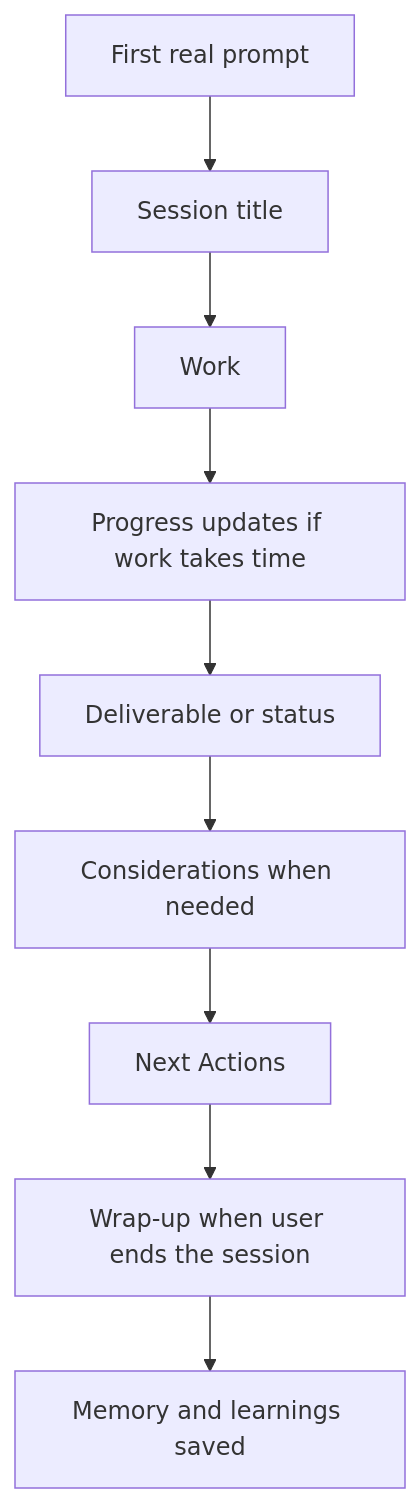
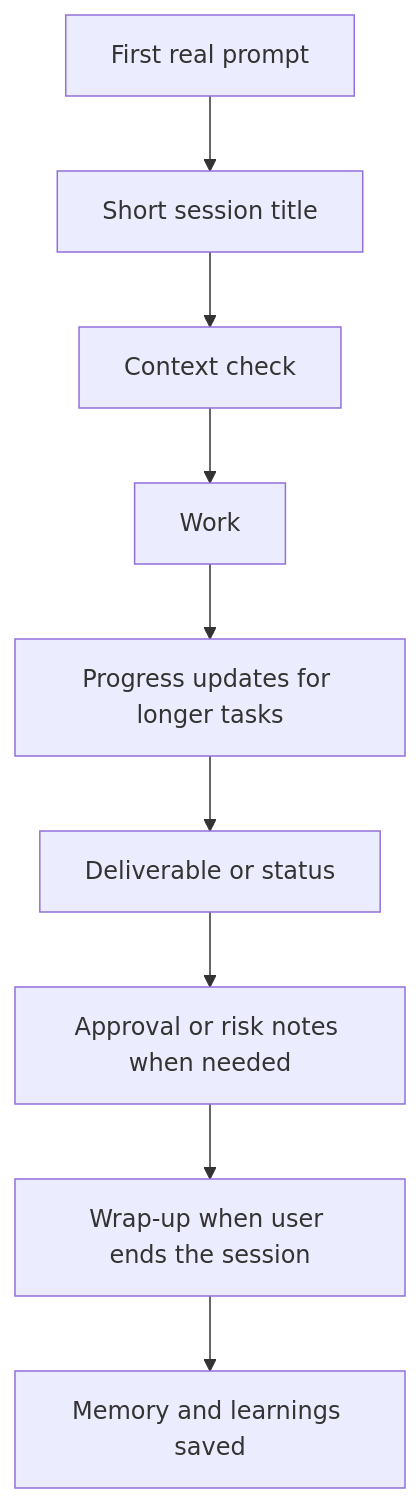
Before and after one commit to camrontaylor/AI-OS-Template: the diagram in docs/reply-behavior.md, drawn with Mermaid. The commit also changed other lines of this file and 462 other files, not shown here.

````diff
--- a/docs/reply-behavior.md
+++ b/docs/reply-behavior.md
@@ -8,11 +8,11 @@
 ```mermaid
 flowchart TD
-  A["First real prompt"] --> B["Session title"]
-  B --> C["Work"]
-  C --> D["Progress updates if work takes time"]
-  D --> E["Deliverable or status"]
-  E --> F["Considerations when needed"]
-  F --> G["Next Actions"]
+  A["First real prompt"] --> B["Short session title"]
+  B --> C["Context check"]
+  C --> D["Work"]
+  D --> E["Progress updates for longer tasks"]
+  E --> F["Deliverable or status"]
+  F --> G["Approval or risk notes when needed"]
   G --> H["Wrap-up when user ends the session"]
   H --> I["Memory and learnings saved"]
 ```
````
